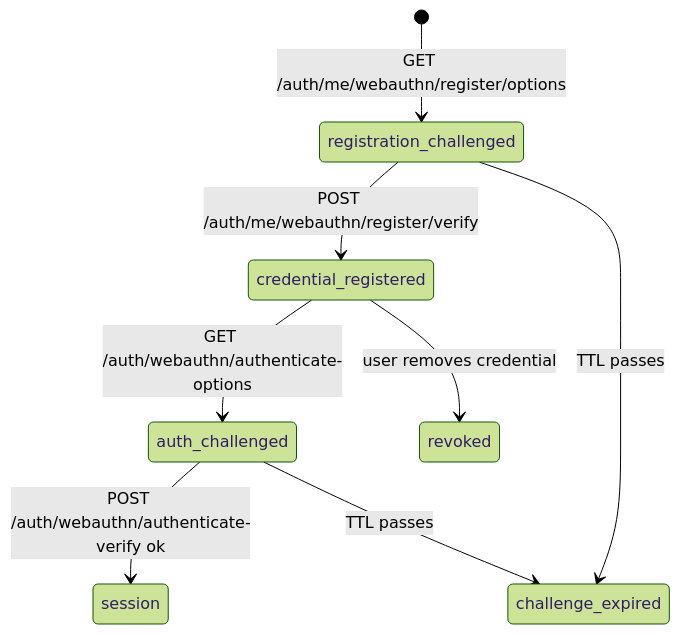
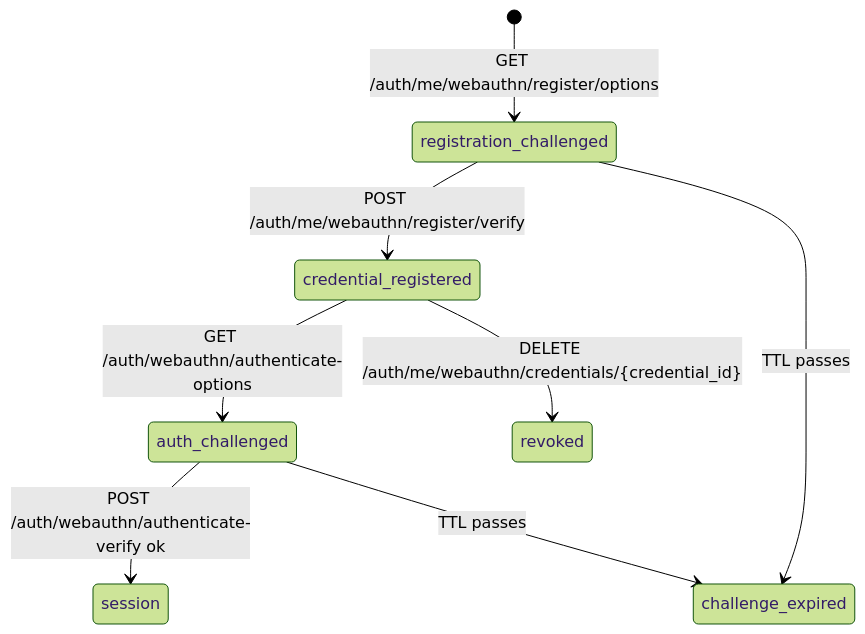
Before and after one commit to nikunjmavani/core-be: the diagram in src/domains/auth/sub-domains/auth-webauthn/auth-webauthn.overview.md, drawn with Mermaid (forest theme). The commit also changed other lines of this file and 31 other files, not shown here.

````diff
--- a/src/domains/auth/sub-domains/auth-webauthn/auth-webauthn.overview.md
+++ b/src/domains/auth/sub-domains/auth-webauthn/auth-webauthn.overview.md
@@ -21,10 +23,10 @@
 ```mermaid
 stateDiagram-v2
   [*] --> registration_challenged: GET /auth/me/webauthn/register/options
   registration_challenged --> credential_registered: POST /auth/me/webauthn/register/verify
   registration_challenged --> challenge_expired: TTL passes
   credential_registered --> auth_challenged: GET /auth/webauthn/authenticate-options
   auth_challenged --> session: POST /auth/webauthn/authenticate-verify ok
   auth_challenged --> challenge_expired: TTL passes
-  credential_registered --> revoked: user removes credential
+  credential_registered --> revoked: DELETE /auth/me/webauthn/credentials/{credential_id}
 ```
````
